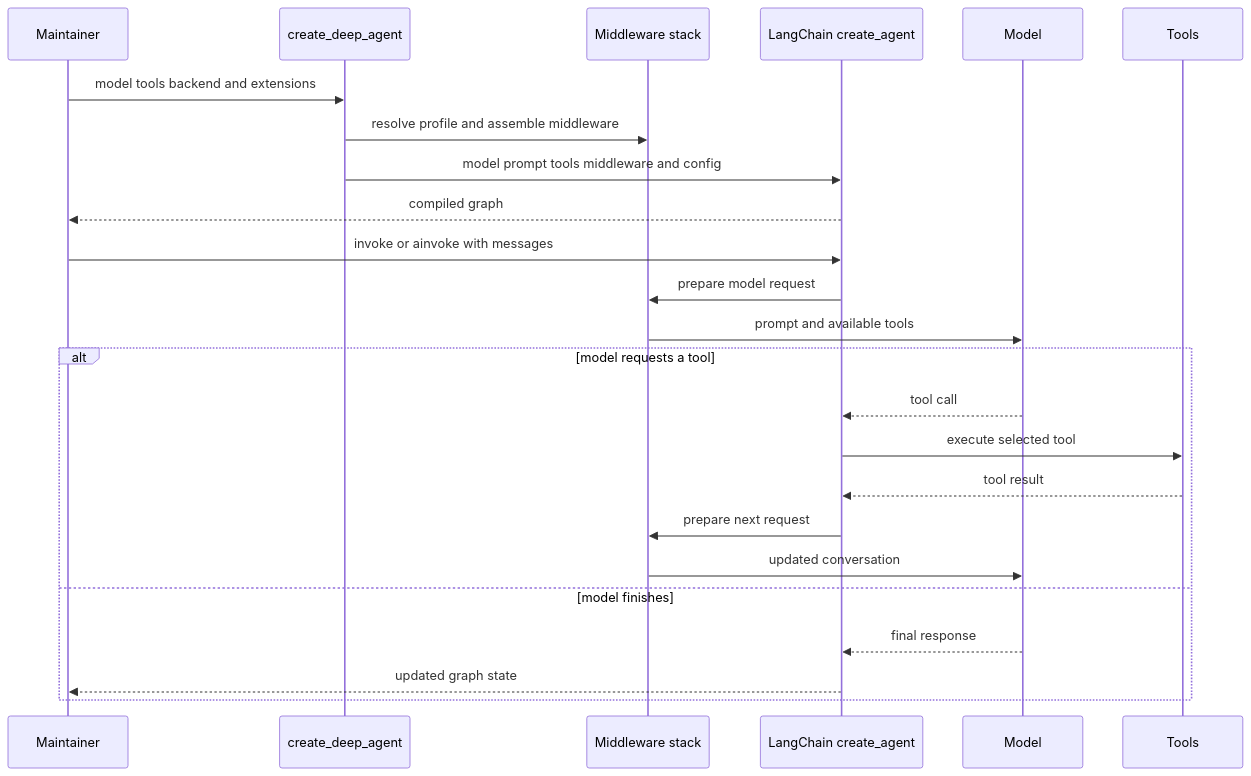
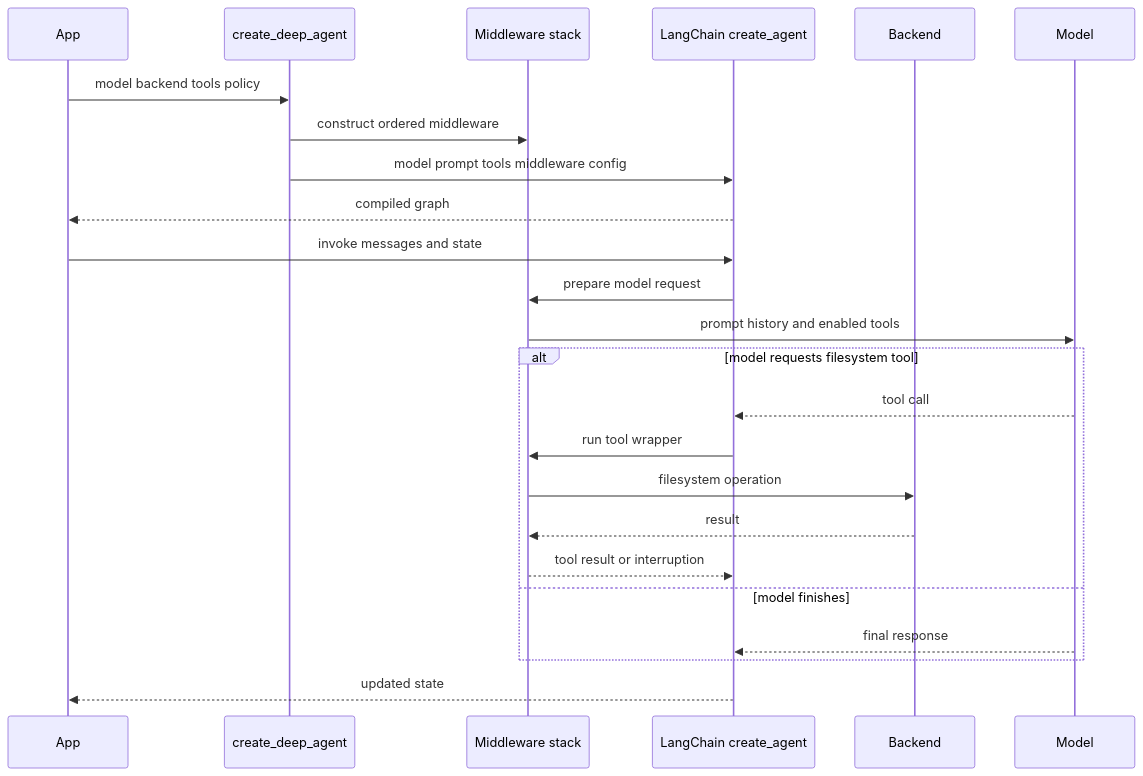
The diagram in openwiki/workflows/build-a-deep-agent.md (langchain-ai/deepagents), drawn with Mermaid before and after one commit. The commit also changed other lines of this file and 43 other files, not shown here.

````diff
--- a/openwiki/workflows/build-a-deep-agent.md
+++ b/openwiki/workflows/build-a-deep-agent.md
@@ -66,26 +71,26 @@
 ```mermaid
 sequenceDiagram
-    participant Maintainer
+    participant App
     participant Builder as create_deep_agent
     participant Stack as Middleware stack
     participant Graph as LangChain create_agent
+    participant Backend
     participant Model
-    participant Tools
-    Maintainer->>Builder: model tools backend and extensions
-    Builder->>Stack: resolve profile and assemble middleware
-    Builder->>Graph: model prompt tools middleware and config
-    Graph-->>Maintainer: compiled graph
-    Maintainer->>Graph: invoke or ainvoke with messages
+    App->>Builder: model backend tools policy
+    Builder->>Stack: construct ordered middleware
+    Builder->>Graph: model prompt tools middleware config
+    Graph-->>App: compiled graph
+    App->>Graph: invoke messages and state
     Graph->>Stack: prepare model request
-    Stack->>Model: prompt and available tools
-    alt model requests a tool
+    Stack->>Model: prompt history and enabled tools
+    alt model requests filesystem tool
         Model-->>Graph: tool call
-        Graph->>Tools: execute selected tool
-        Tools-->>Graph: tool result
-        Graph->>Stack: prepare next request
-        Stack->>Model: updated conversation
+        Graph->>Stack: run tool wrapper
+        Stack->>Backend: filesystem operation
+        Backend-->>Stack: result
+        Stack-->>Graph: tool result or interruption
     else model finishes
         Model-->>Graph: final response
-        Graph-->>Maintainer: updated graph state
     end
+    Graph-->>App: updated state
 ```
````
